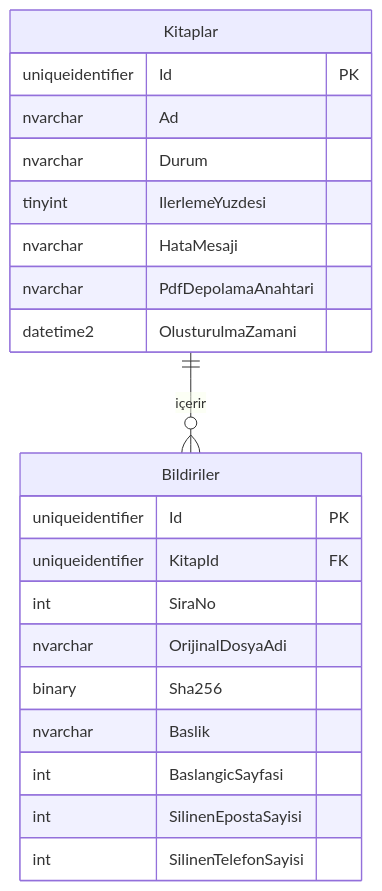
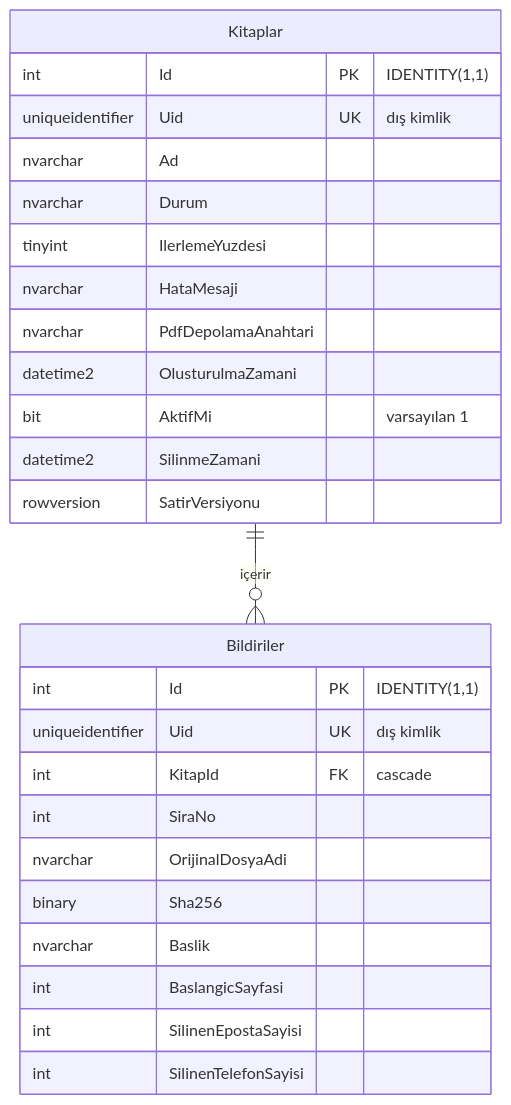
Before and after one commit to suleymank12/bildiri-kitabi: the first of 3 diagrams in docs/veri-modeli.md, drawn with Mermaid. The commit also changed other lines of this file and 3 other files, not shown here.

````diff
--- a/docs/veri-modeli.md
+++ b/docs/veri-modeli.md
@@ -9,24 +20,29 @@
 ```mermaid
 erDiagram
     Kitaplar ||--o{ Bildiriler : "içerir"
     Kitaplar {
-        uniqueidentifier Id PK
+        int Id PK "IDENTITY(1,1)"
+        uniqueidentifier Uid UK "dış kimlik"
         nvarchar Ad
         nvarchar Durum
         tinyint IlerlemeYuzdesi
         nvarchar HataMesaji
         nvarchar PdfDepolamaAnahtari
         datetime2 OlusturulmaZamani
+        bit AktifMi "varsayılan 1"
+        datetime2 SilinmeZamani
+        rowversion SatirVersiyonu
     }
     Bildiriler {
-        uniqueidentifier Id PK
-        uniqueidentifier KitapId FK
+        int Id PK "IDENTITY(1,1)"
+        uniqueidentifier Uid UK "dış kimlik"
+        int KitapId FK "cascade"
         int SiraNo
         nvarchar OrijinalDosyaAdi
         binary Sha256
         nvarchar Baslik
         int BaslangicSayfasi
         int SilinenEpostaSayisi
         int SilinenTelefonSayisi
     }
 ```
````
